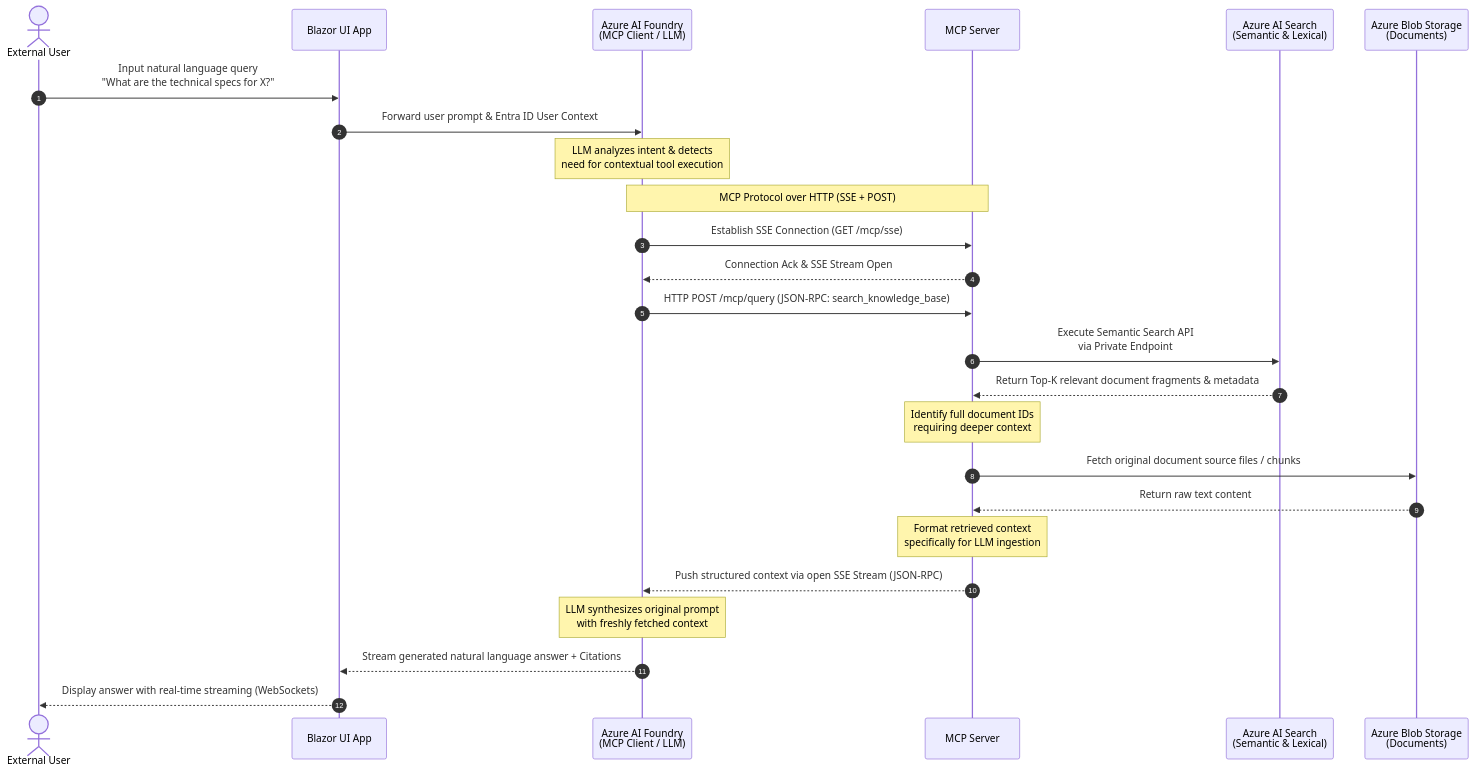
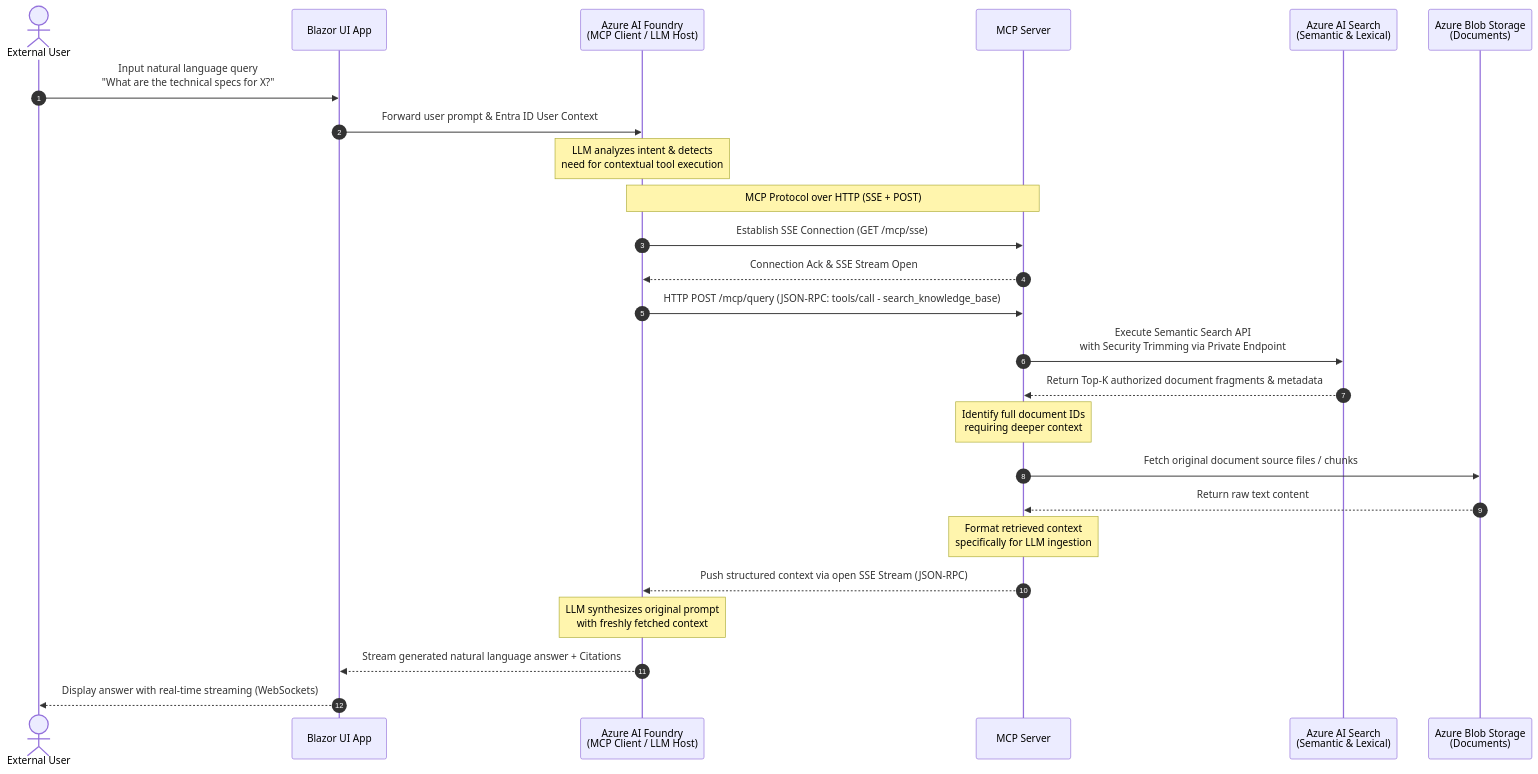
One commit to skowragn/Agentic_RAG_System changed the diagram in DataFlow.md. Above: the diagram before and after it, drawn with Mermaid. The commit also changed other lines of this file, not shown here.

````diff
--- a/DataFlow.md
+++ b/DataFlow.md
@@ -5,33 +6,33 @@
 ```mermaid
 sequenceDiagram
     autonumber
     actor User as External User
     participant UI as Blazor UI App
-    participant Client as Azure AI Foundry<br>(MCP Client / LLM)
+    participant Client as Azure AI Foundry<br>(MCP Client / LLM Host)
     participant Server1 as MCP Server #1<br>(Azure Function / Web API)
     participant AISearch as Azure AI Search<br>(Semantic & Lexical)
     participant Blob as Azure Blob Storage<br>(Documents)
 
     User->>UI: Input natural language query<br>"What are the technical specs for X?"
     UI->>Client: Forward user prompt & Entra ID User Context
     Note over Client: LLM analyzes intent & detects<br>need for contextual tool execution
     
     Note over Client, Server1: MCP Protocol over HTTP (SSE + POST)
     Client->>Server1: Establish SSE Connection (GET /mcp/sse)
     Server1-->>Client: Connection Ack & SSE Stream Open
-    Client->>Server1: HTTP POST /mcp/query (JSON-RPC: search_knowledge_base)
+    Client->>Server1: HTTP POST /mcp/query (JSON-RPC: tools/call - search_knowledge_base)
     
-    Server1->>AISearch: Execute Semantic Search API <br>via Private Endpoint
-    AISearch-->>Server1: Return Top-K relevant document fragments & metadata
+    Server1->>AISearch: Execute Semantic Search API <br>with Security Trimming via Private Endpoint
+    AISearch-->>Server1: Return Top-K authorized document fragments & metadata
     
     Note over Server1: Identify full document IDs<br>requiring deeper context
     Server1->>Blob: Fetch original document source files / chunks
     Blob-->>Server1: Return raw text content
     
     Note over Server1: Format retrieved context <br>specifically for LLM ingestion
     Server1-->>Client: Push structured context via open SSE Stream (JSON-RPC)
     
     Note over Client: LLM synthesizes original prompt<br>with freshly fetched context
     Client-->>UI: Stream generated natural language answer + Citations
     UI-->>User: Display answer with real-time streaming (WebSockets)
 ```
````
